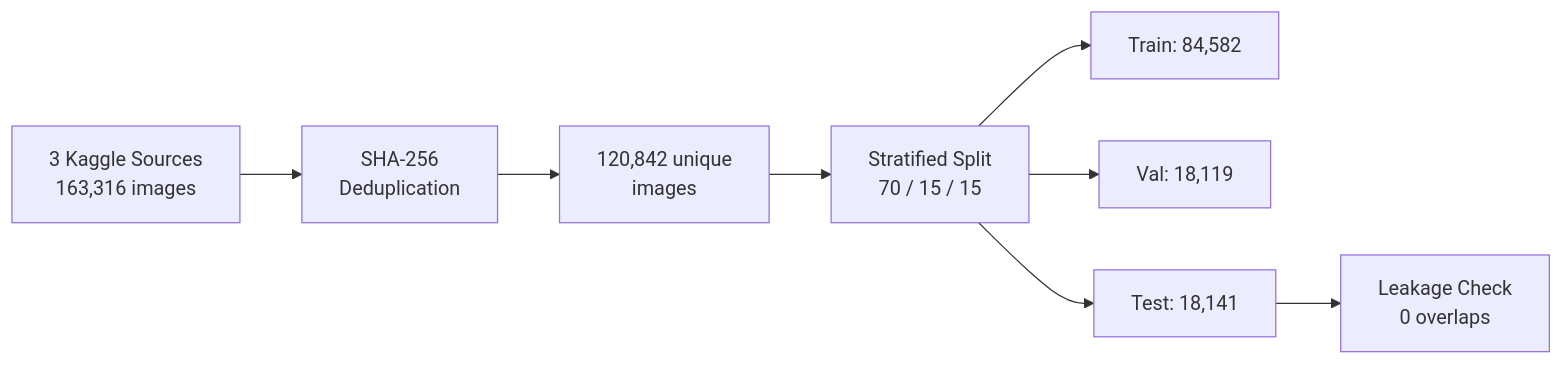
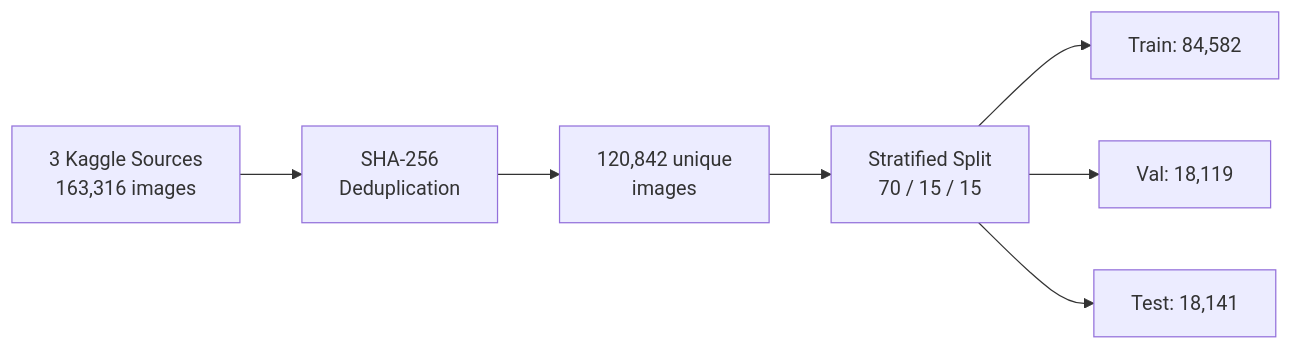
One commit to omorros/SnapShelf changed the first of 3 diagrams in research/01-cnn-comparison/README.md. Above: the diagram before and after it, drawn with Mermaid. The commit also changed other lines of this file, not shown here.

````diff
--- a/research/01-cnn-comparison/README.md
+++ b/research/01-cnn-comparison/README.md
@@ -76,10 +54,9 @@
 ```mermaid
 flowchart LR
     A["3 Kaggle Sources\n163,316 images"] --> B["SHA-256\nDeduplication"]
     B --> C["120,842 unique\nimages"]
     C --> D["Stratified Split\n70 / 15 / 15"]
     D --> E["Train: 84,582"]
     D --> F["Val: 18,119"]
     D --> G["Test: 18,141"]
-    G --> H["Leakage Check\n0 overlaps"]
 ```
````
